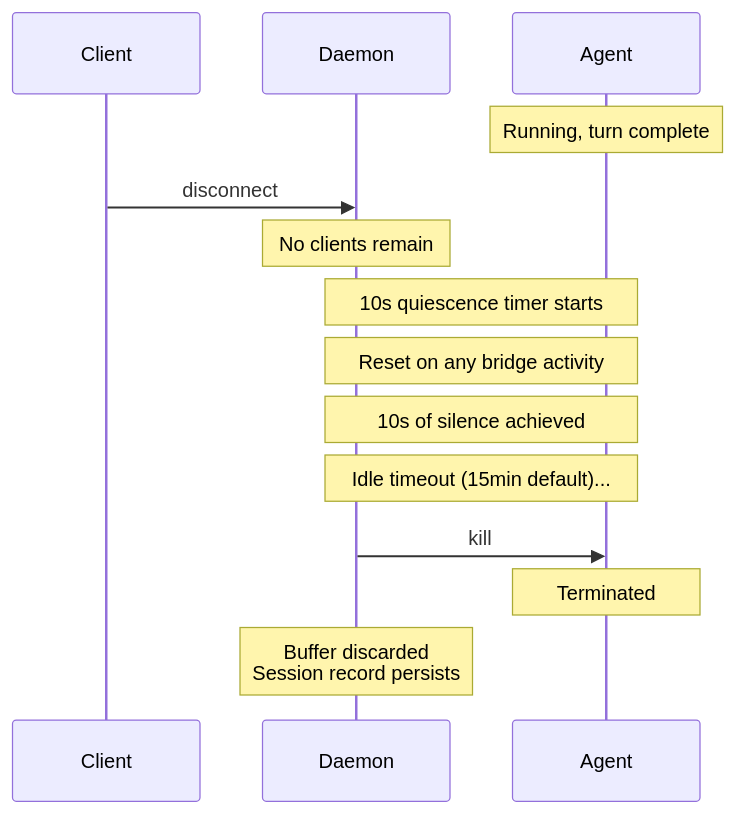
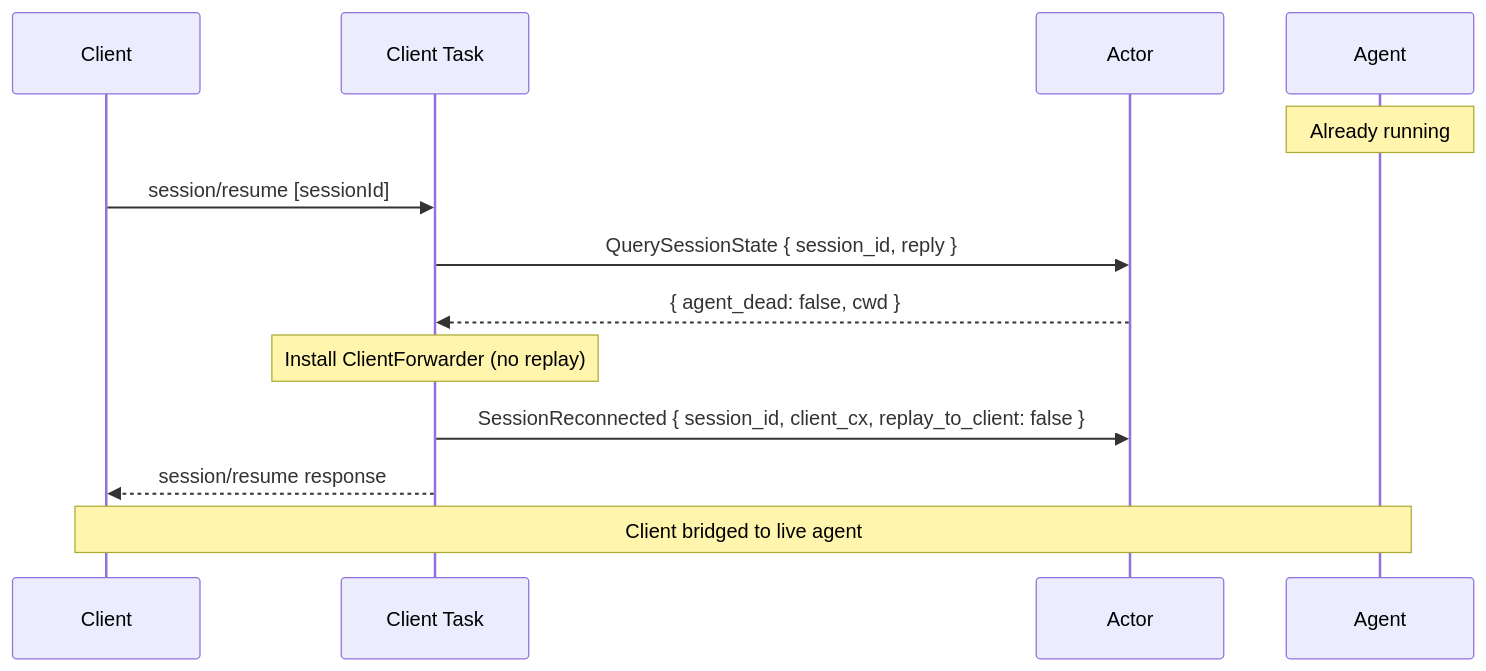
Before and after one commit to sparkle-ai-space/jamsession: the fourth of 8 diagrams in md/design/sequence_diagrams.md, drawn with Mermaid. The commit also changed other lines of this file and 12 other files, not shown here.

````diff
--- a/md/design/sequence_diagrams.md
+++ b/md/design/sequence_diagrams.md
@@ -122,21 +120,18 @@
 ```mermaid
 sequenceDiagram
     participant C as Client
-    participant D as Daemon
-    participant A as Agent
+    participant CT as Client Task
+    participant A as Actor
+    participant Ag as Agent
 
-    Note over A: Running, turn complete
+    Note over Ag: Already running
 
-    C->>D: disconnect
-    Note over D: No clients remain
+    C->>CT: session/resume [sessionId]
+    CT->>A: QuerySessionState { session_id, reply }
+    A-->>CT: { agent_dead: false, cwd }
+    Note over CT: Install ClientForwarder (no replay)
+    CT->>A: SessionReconnected { session_id, client_cx, replay_to_client: false }
+    CT-->>C: session/resume response
 
-    Note over D,A: 10s quiescence timer starts
-    Note over D,A: Reset on any bridge activity
-    Note over D,A: 10s of silence achieved
-    Note over D,A: Idle timeout (15min default)...
-
-    D->>A: kill
-    Note over A: Terminated
-
-    Note over D: Buffer discarded<br/>Session record persists
+    Note over C,Ag: Client bridged to live agent
 ```
````
